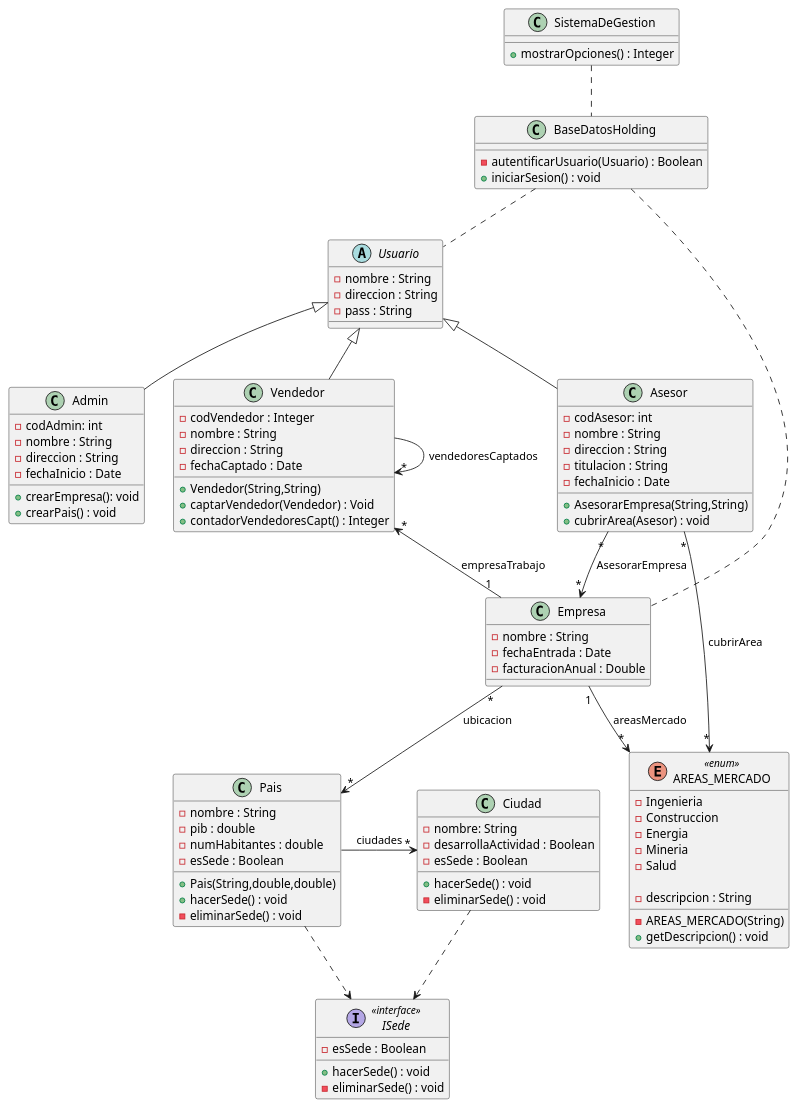
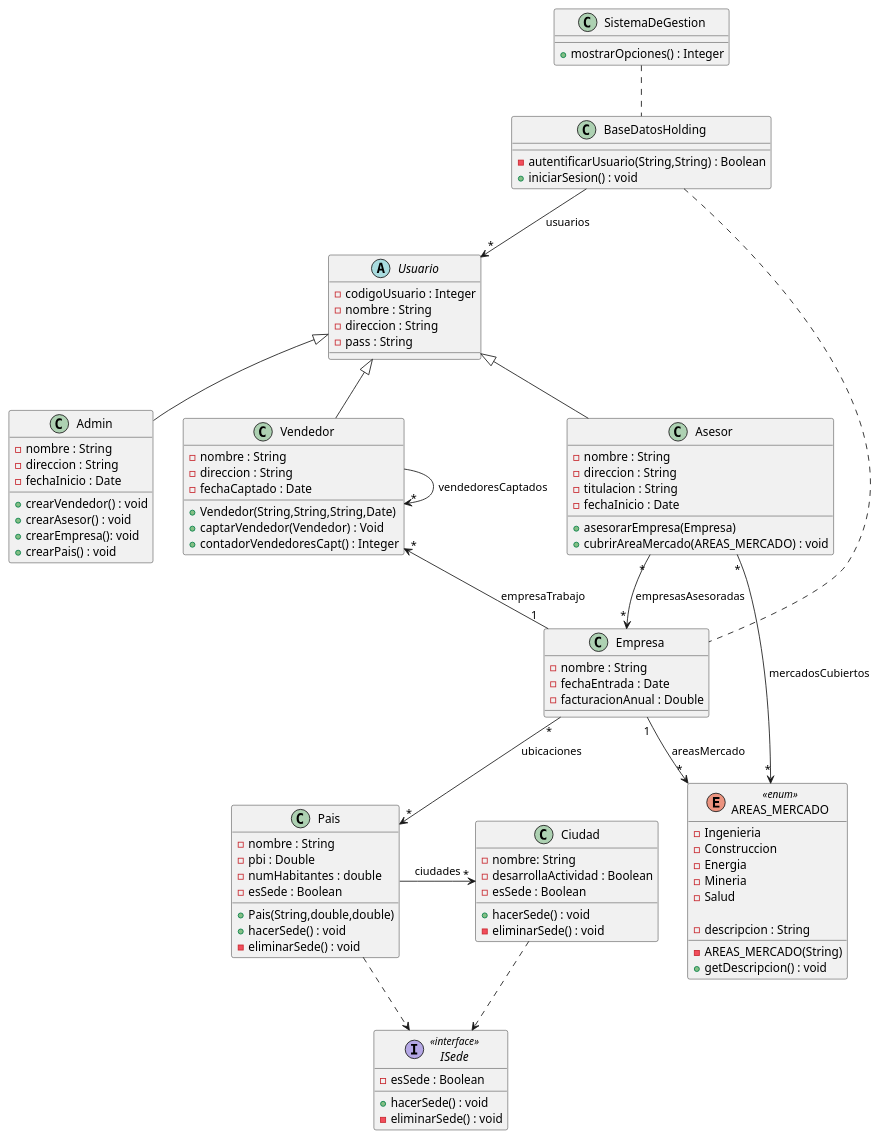
The diagram in proyecto-programacion2/src/holding/diagrama-de-clases.puml (maxi-stein/Proyecto-Programacion-2), drawn with PlantUML before and after one commit.

Commit message:
Modificacion diagrama de Clases
Se modifica el diagrama corrigiendo errores y cambiando nombres de atributos y metodos

```diff
--- a/proyecto-programacion2/src/holding/diagrama-de-clases.puml
+++ b/proyecto-programacion2/src/holding/diagrama-de-clases.puml
@@ -1,109 +1,109 @@
 @startuml
 class SistemaDeGestion{
 +mostrarOpciones() : Integer
 }
 
 class BaseDatosHolding{
--autentificarUsuario(Usuario) : Boolean
+-autentificarUsuario(String,String) : Boolean
 +iniciarSesion() : void
 }
 
 abstract Usuario{
+-codigoUsuario : Integer
 -nombre : String
 -direccion : String
 -pass : String
 }
 
 class Vendedor extends Usuario{
-    -codVendedor : Integer
     -nombre : String
     -direccion : String
     -fechaCaptado : Date
-    +Vendedor(String,String)
+    +Vendedor(String,String,String,Date)
     +captarVendedor(Vendedor) : Void
     +contadorVendedoresCapt() : Integer
 }
 
 class Empresa{
     -nombre : String
     -fechaEntrada : Date
     -facturacionAnual : Double
 
 }
 
 enum  AREAS_MERCADO <<enum>> {
     -Ingenieria
     -Construccion
     -Energia
     -Mineria
     -Salud
 
     -descripcion : String
 
     -AREAS_MERCADO(String)
     +getDescripcion() : void
 
 }
 
 class Pais{
     -nombre : String
-    -pib : double
+    -pbi : Double
     -numHabitantes : double
     -esSede : Boolean
 
     +Pais(String,double,double)
     +hacerSede() : void
     -eliminarSede() : void
 }
 
 class Ciudad{
     -nombre: String
     -desarrollaActividad : Boolean
     -esSede : Boolean
 
     +hacerSede() : void
     -eliminarSede() : void
 }
 
 interface ISede <<interface>>{
     -esSede : Boolean
     +hacerSede() : void
     -eliminarSede() : void
 }
 
 class Asesor extends Usuario{
--codAsesor: int
 -nombre : String
 -direccion : String
 -titulacion : String
 -fechaInicio : Date
-+AsesorarEmpresa(String,String)
-+cubrirArea(Asesor) : void
++asesorarEmpresa(Empresa)
++cubrirAreaMercado(AREAS_MERCADO) : void
 }
 
 class Admin extends Usuario{
--codAdmin: int
 -nombre : String
 -direccion : String
 -fechaInicio : Date
++crearVendedor() : void
++crearAsesor() : void
 +crearEmpresa(): void
 +crearPais() : void
 
 }
 
 
 SistemaDeGestion -. BaseDatosHolding
-BaseDatosHolding -. Usuario
+BaseDatosHolding --> "*"Usuario : usuarios
 BaseDatosHolding -. Empresa
 Vendedor "*"<-- "1" Empresa : empresaTrabajo
 Vendedor -> "*" Vendedor : vendedoresCaptados
 Empresa "1"--> "*" AREAS_MERCADO : areasMercado
-Empresa "*" --> "*" Pais : ubicacion
+Empresa "*" --> "*" Pais : ubicaciones
 Pais -> "*" Ciudad : ciudades
 Pais -.> ISede
 Ciudad -.> ISede
-Asesor "*"--> "*" AREAS_MERCADO : cubrirArea
-Asesor "*" --> "*" Empresa : AsesorarEmpresa
+Asesor "*"--> "*" AREAS_MERCADO : mercadosCubiertos
+Asesor "*" --> "*" Empresa : empresasAsesoradas
 
 
 @enduml
```
